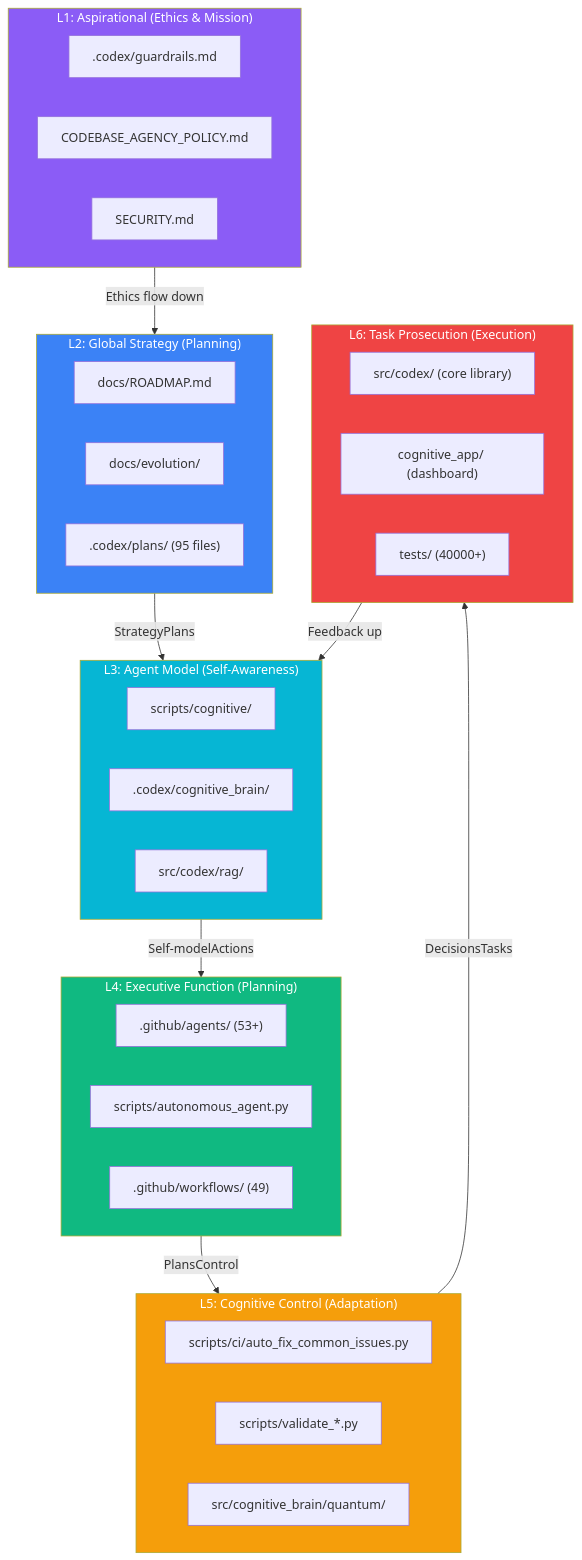
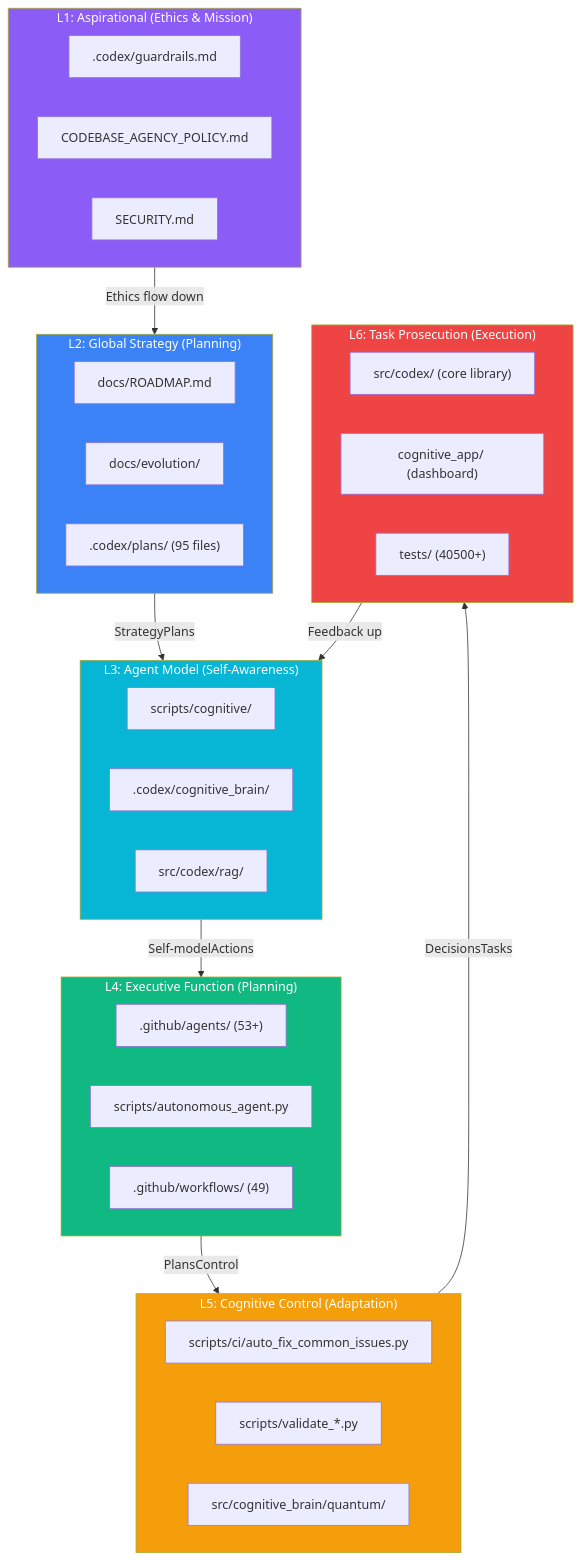
One commit to Aries-Serpent/_codex_ changed the diagram in docs/evolution/COGNITIVE_CODEBASE_MAP.md. Above: the diagram before and after it, drawn with Mermaid. The commit also changed 11 other files, not shown here.

````diff
--- a/docs/evolution/COGNITIVE_CODEBASE_MAP.md
+++ b/docs/evolution/COGNITIVE_CODEBASE_MAP.md
@@ -14,59 +14,59 @@
 ```mermaid
 %%{init: {'accessibility': {'title': 'Flowchart showing "L1: Aspirational (Ethics & Mission)", ".codex/guardrails.md"'}}%%
 
 graph TD
  subgraph L1["L1: Aspirational (Ethics & Mission)"]
  E1[".codex/guardrails.md"]
  E2["CODEBASE_AGENCY_POLICY.md"]
  E3["SECURITY.md"]
  end
 
  subgraph L2["L2: Global Strategy (Planning)"]
  S1["docs/ROADMAP.md"]
  S2["docs/evolution/"]
  S3[".codex/plans/ (95 files)"]
  end
 
  subgraph L3["L3: Agent Model (Self-Awareness)"]
  M1["scripts/cognitive/"]
  M2[".codex/cognitive_brain/"]
  M3["src/codex/rag/"]
  end
 
  subgraph L4["L4: Executive Function (Planning)"]
  X1[".github/agents/ (53+)"]
  X2["scripts/autonomous_agent.py"]
  X3[".github/workflows/ (49)"]
  end
 
  subgraph L5["L5: Cognitive Control (Adaptation)"]
  C1["scripts/ci/auto_fix_common_issues.py"]
  C2["scripts/validate_*.py"]
  C3["src/cognitive_brain/quantum/"]
  end
 
  subgraph L6["L6: Task Prosecution (Execution)"]
  T1["src/codex/ (core library)"]
  T2["cognitive_app/ (dashboard)"]
- T3["tests/ (40000+)"]
+ T3["tests/ (40500+)"]
  end
 
  L1 -->|"Ethics flow down"| L2
 
  L2 -->|"StrategyPlans"| L3
 
  L3 -->|"Self-modelActions"| L4
 
  L4 -->|"PlansControl"| L5
 
  L5 -->|"DecisionsTasks"| L6
 
  L6 -->|"Feedback up"| L3
 
  style L1 fill:#8b5cf6,color:#fff
  style L2 fill:#3b82f6,color:#fff
  style L3 fill:#06b6d4,color:#fff
  style L4 fill:#10b981,color:#fff
  style L5 fill:#f59e0b,color:#fff
  style L6 fill:#ef4444,color:#fff
 ```
````
